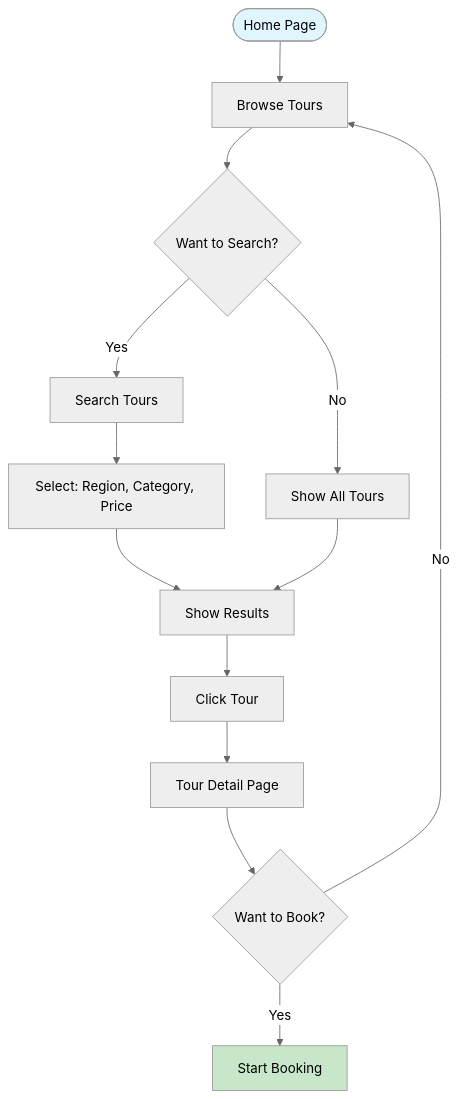
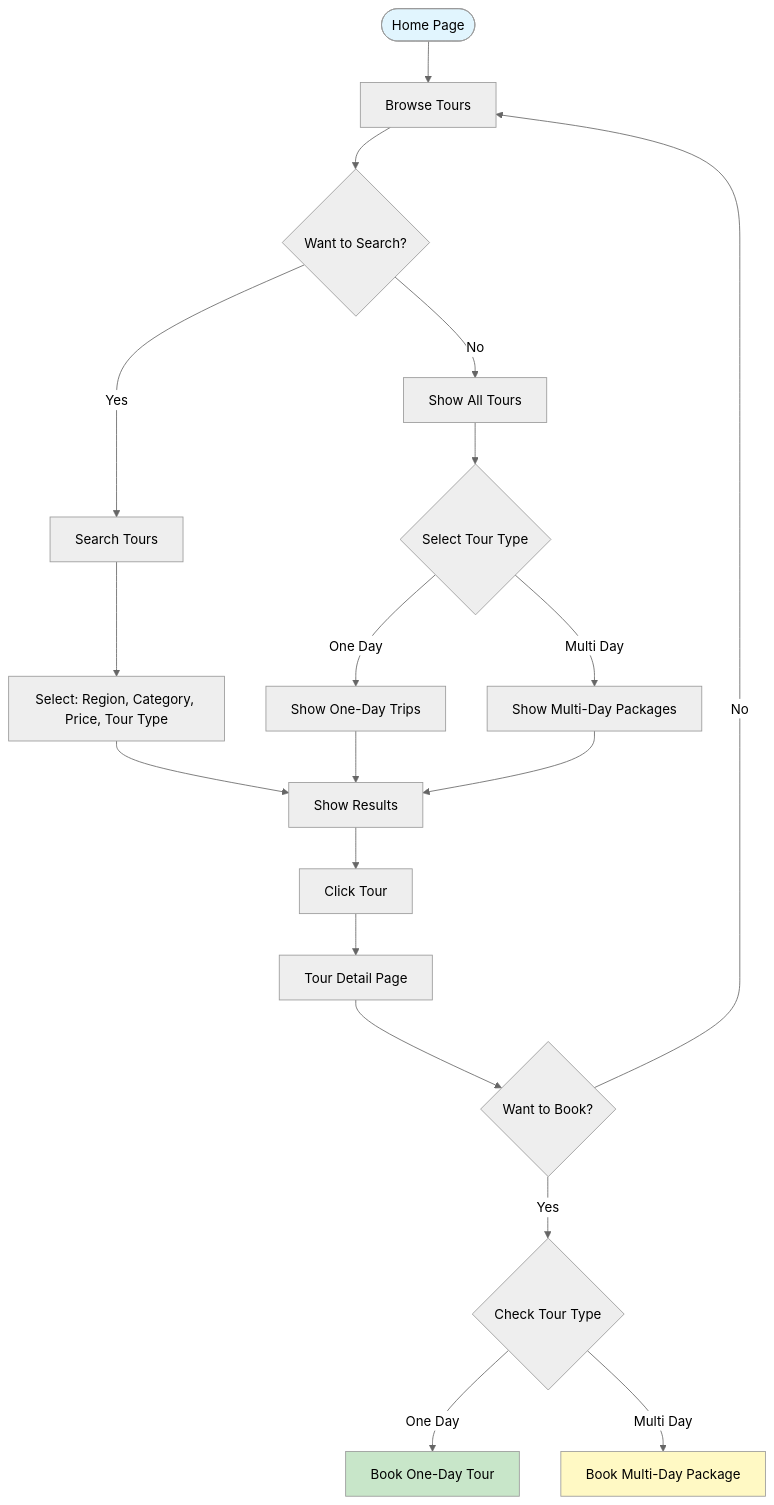
One commit to psu6810110135/final_porj changed the second of 11 diagrams in system_based/User Flow.md. Above: the diagram before and after it, drawn with Mermaid (neutral theme). The commit also changed other lines of this file and 3 other files, not shown here.

````diff
--- a/system_based/User Flow.md
+++ b/system_based/User Flow.md
@@ -45,24 +45,34 @@
 ```mermaid
 flowchart TD
     Home([Home Page]) --> Browse[Browse Tours]
 
     Browse --> WantSearch{Want to Search?}
 
     WantSearch -- Yes --> Search[Search Tours]
-    Search --> Filters[Select: Region, Category, Price]
+    Search --> Filters[Select: Region, Category, Price, Tour Type]
     Filters --> Results[Show Results]
 
     WantSearch -- No --> ShowAll[Show All Tours]
-    ShowAll --> Results
+    ShowAll --> TypeSelect{Select Tour Type}
+
+    TypeSelect -- One Day --> OneDay[Show One-Day Trips]
+    TypeSelect -- Multi Day --> MultiDay[Show Multi-Day Packages]
+
+    OneDay --> Results
+    MultiDay --> Results
 
     Results --> Select[Click Tour]
     Select --> Detail[Tour Detail Page]
 
     Detail --> Decide{Want to Book?}
 
     Decide -- No --> Browse
-    Decide -- Yes --> StartBooking[Start Booking]
+    Decide -- Yes --> CheckType{Check Tour Type}
+
+    CheckType -- One Day --> OneDayBooking[Book One-Day Tour]
+    CheckType -- Multi Day --> MultiDayBooking[Book Multi-Day Package]
 
     style Home fill:#E1F5FE
-    style StartBooking fill:#C8E6C9
+    style OneDayBooking fill:#C8E6C9
+    style MultiDayBooking fill:#FFF9C4
 ```
````
